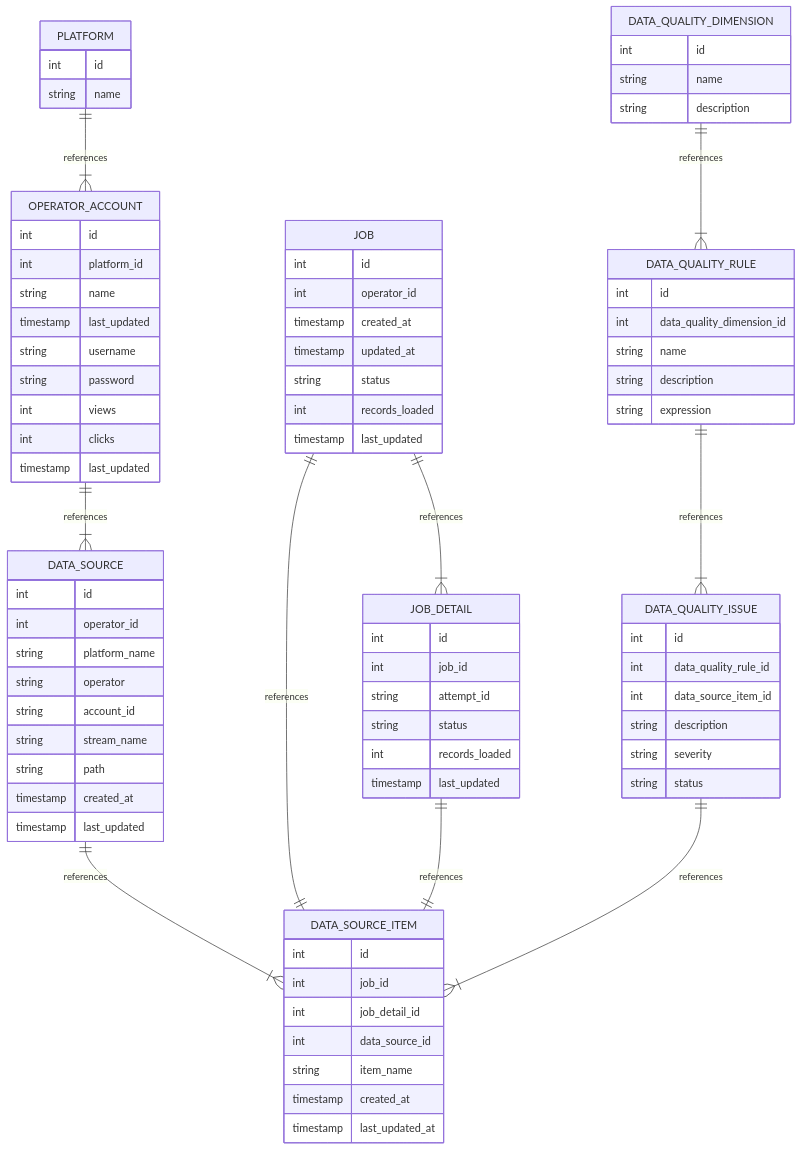
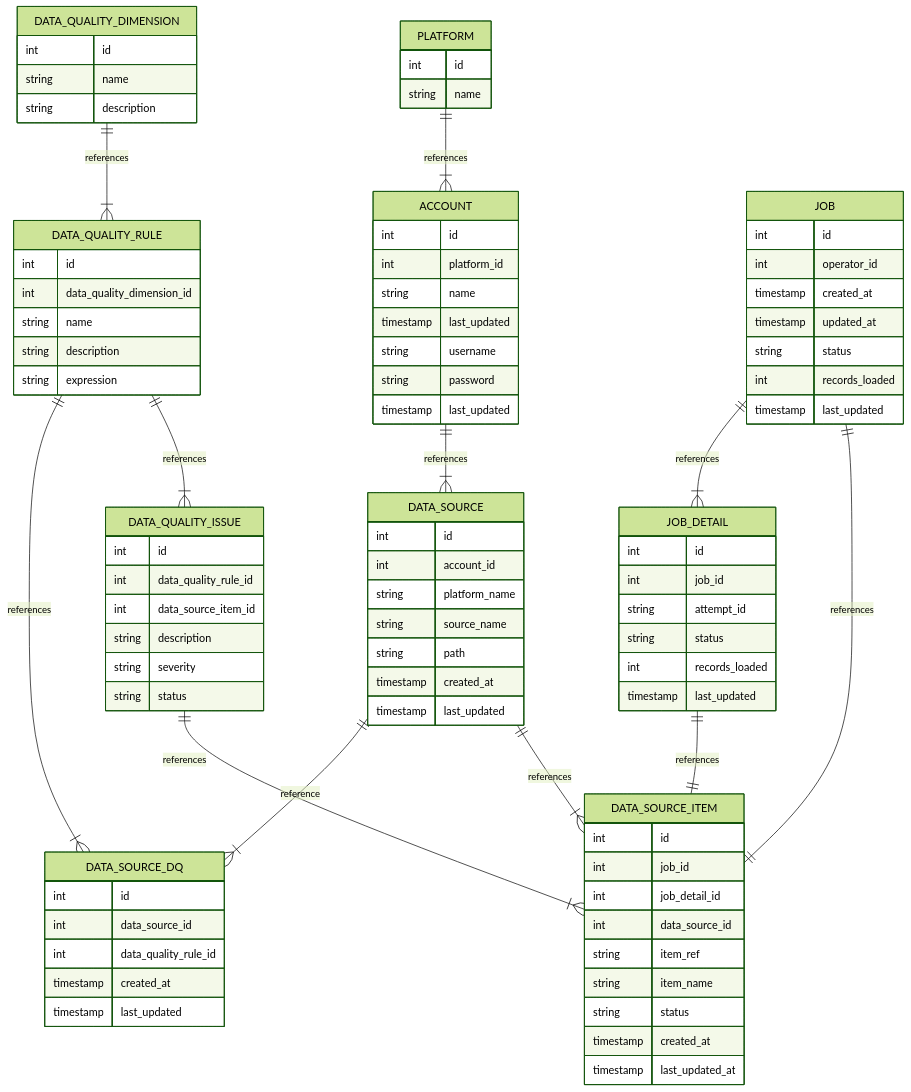
One commit to peddadap/design_templates changed the diagram in erd.md. Above: the diagram before and after it, drawn with Mermaid. The commit also changed 2 other files, not shown here.

Commit message:
preliminary dq review updates

````diff
--- a/erd.md
+++ b/erd.md
@@ -1,14 +1,19 @@
 ``` mermaid
 erDiagram
-
+    %%{init: { "theme": "forest" } }%%
     DATA_SOURCE {
         int id
-        int operator_id
+        int account_id
         string platform_name
-        string operator 
-        string account_id 
-        string stream_name 
+        string source_name 
         string path
+        timestamp created_at
+        timestamp last_updated
+    }
+     DATA_SOURCE_DQ{
+        int id
+        int data_source_id
+        int data_quality_rule_id
         timestamp created_at
         timestamp last_updated
     }
@@ -18,7 +23,9 @@
         int job_id
         int job_detail_id
         int data_source_id
+        string item_ref
         string item_name
+        string status
         timestamp created_at
         timestamp last_updated_at
     }
@@ -44,20 +51,19 @@
         string severity
         string status
     }
+   
     PLATFORM{
         int id
         string name
 
     }
-    OPERATOR_ACCOUNT{
+    ACCOUNT{
         int id
         int platform_id
         string name
         timestamp last_updated
         string username
         string password
-        int views
-        int clicks
         timestamp last_updated
     }
 
@@ -88,7 +94,11 @@
     JOB_DETAIL||--||DATA_SOURCE_ITEM:"references"
     JOB||--|{JOB_DETAIL:"references"
     DATA_QUALITY_ISSUE||--|{DATA_SOURCE_ITEM:"references"
-    OPERATOR_ACCOUNT||--|{DATA_SOURCE:"references"
-    PLATFORM||--|{OPERATOR_ACCOUNT:"references"
+    ACCOUNT||--|{DATA_SOURCE:"references"
+    PLATFORM||--|{ACCOUNT:"references"
+    DATA_QUALITY_RULE||--|{DATA_SOURCE_DQ:"references"
+    DATA_SOURCE||--|{DATA_SOURCE_DQ:"reference"
+  
+  
 
 ```
````
